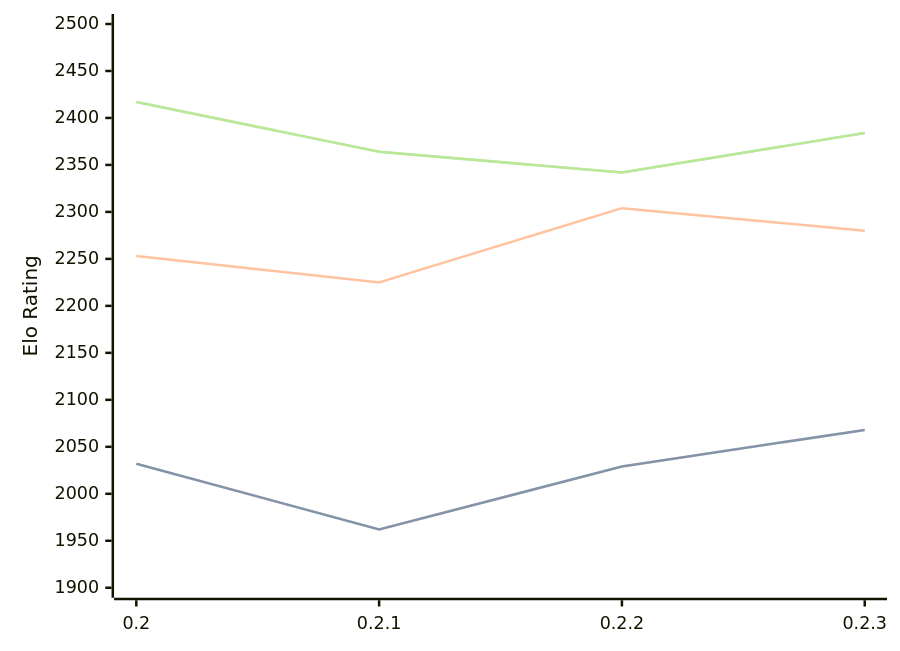
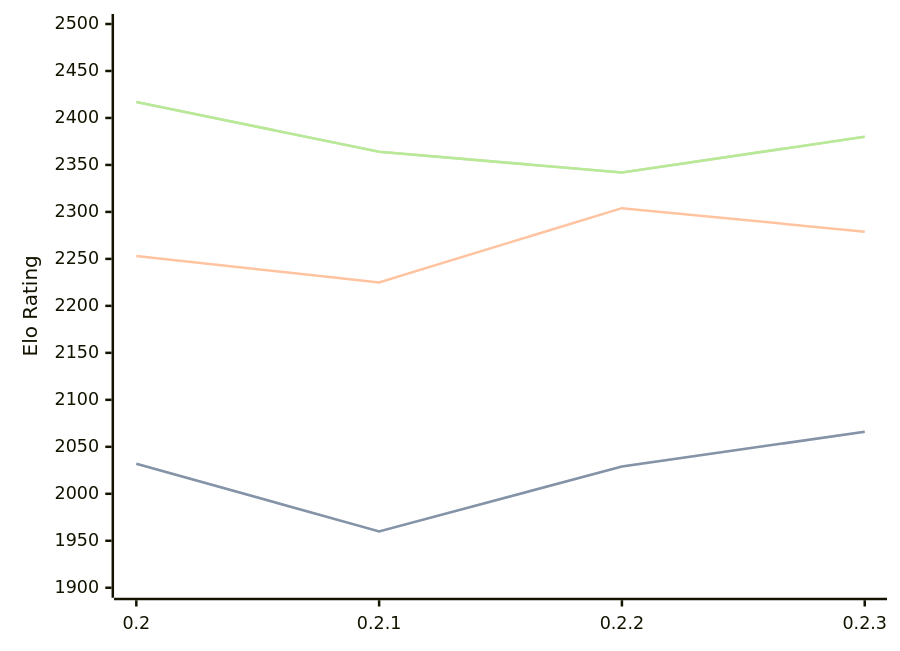
The diagram in engines/Lolbot.md (computer-chess-index/cci), drawn with Mermaid before and after one commit. The commit also changed other lines of this file, not shown here.

Commit message:
Update CCI Ratings (ELO VLTC) - 2026-03-16

````diff
--- a/engines/Lolbot.md
+++ b/engines/Lolbot.md
@@ -33,11 +33,11 @@
 ```mermaid
 %%{init: {"theme":"base","themeVariables":{"seriesColors:['#a3a3a3','#222221','#faa371']}}}%%
 xychart-beta
   x-axis ["0.2", "0.2.1", "0.2.2", "0.2.3"]
   y-axis "Elo Rating" 1900 --> 2500
-  line "STC (8.0+0.08s)" [2032, 1962, 2029, 2068]
-  line "STC (8.0+0.08s)" [2032, 1962, 2029, 2068]
-  line "LTC (60.0+0.60s)" [2253, 2225, 2304, 2280]
-  line "VLTC (2m24s+1.12s)" [2417, 2364, 2342, 2384]
-  line "VLTC (2m24s+1.12s)" [2417, 2364, 2342, 2384]
+  line "STC (8.0+0.08s)" [2032, 1960, 2029, 2066]
+  line "STC (8.0+0.08s)" [2032, 1960, 2029, 2066]
+  line "LTC (60.0+0.60s)" [2253, 2225, 2304, 2279]
+  line "VLTC (2m24s+1.12s)" [2417, 2364, 2342, 2380]
+  line "VLTC (2m24s+1.12s)" [2417, 2364, 2342, 2380]
 ```
````
